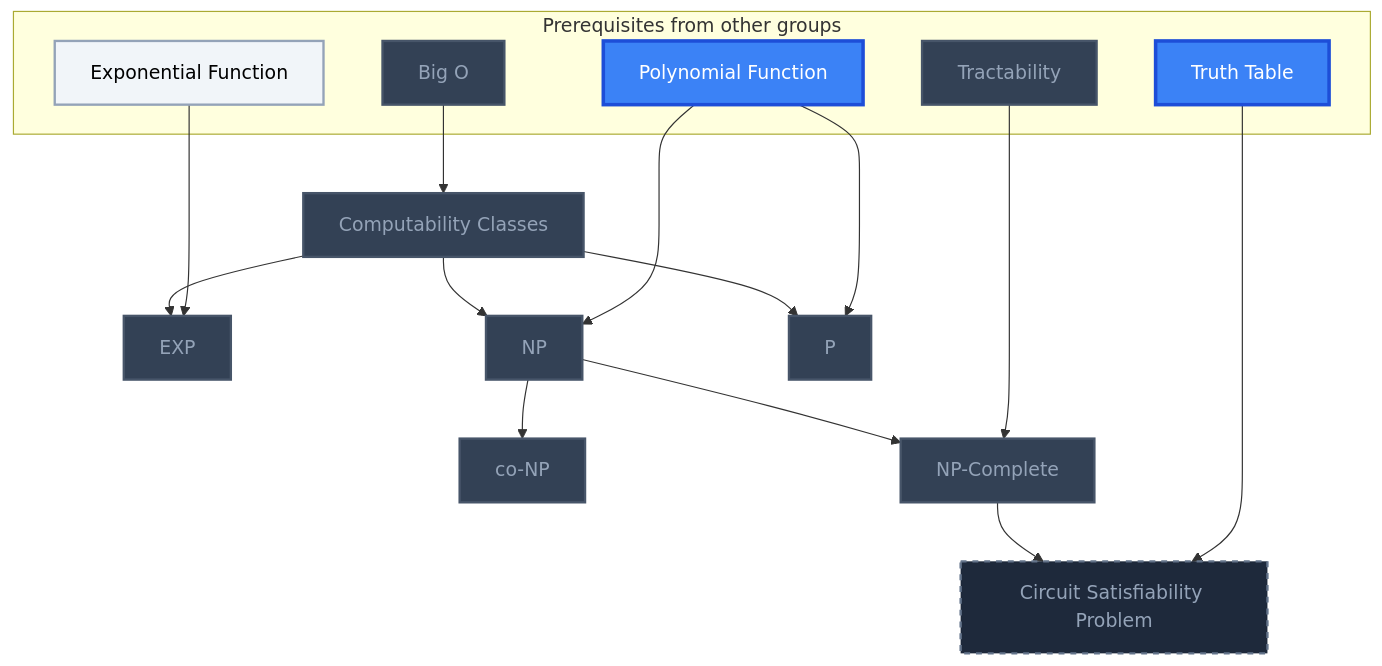
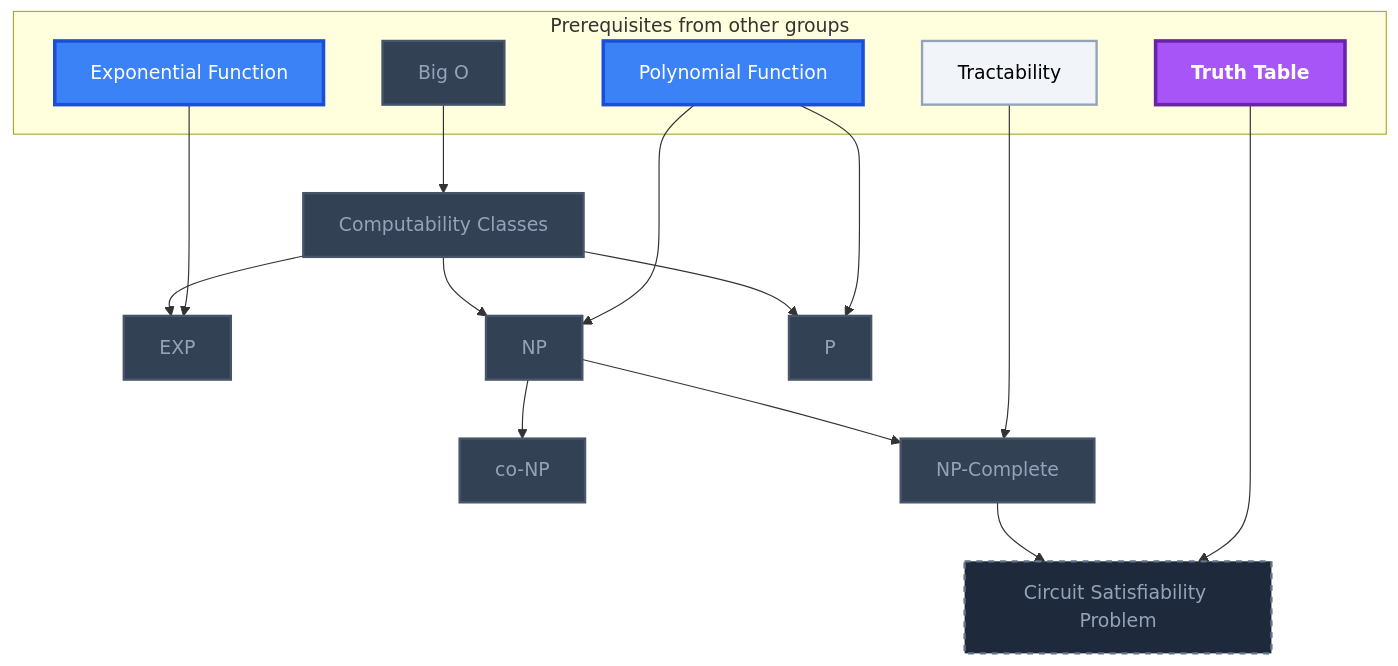
The eighth of 10 diagrams in Gamification/Skill Trees/Theoretical Computer Science.md (MRauf1/My-Notes), drawn with Mermaid before and after one commit. The commit also changed other lines of this file and 145 other files, not shown here.

````diff
--- a/Gamification/Skill Trees/Theoretical Computer Science.md
+++ b/Gamification/Skill Trees/Theoretical Computer Science.md
@@ -353,43 +355,44 @@
 ```mermaid
 flowchart TD
     classDef planned fill:#1E293B,stroke:#64748B,stroke-width:2px,stroke-dasharray:5 5,color:#94A3B8;
     classDef locked fill:#334155,stroke:#475569,stroke-width:2px,color:#94A3B8;
     classDef L0 fill:#F1F5F9,stroke:#94A3B8,stroke-width:2px,color:#000000;
     classDef L1 fill:#22C55E,stroke:#15803D,stroke-width:2px,color:#000000;
     classDef L2 fill:#3B82F6,stroke:#1D4ED8,stroke-width:3px,color:#FFFFFF;
     classDef L3 fill:#A855F7,stroke:#6B21A8,stroke-width:3px,color:#FFFFFF,font-weight:bold;
     classDef L4 fill:#F97316,stroke:#C2410C,stroke-width:4px,color:#000000,font-weight:bold;
     classDef L5 fill:#FFD700,stroke:#FF8C00,stroke-width:5px,color:#000000,font-weight:bold;
     classDef rusty stroke:#8B4513,stroke-width:4px,stroke-dasharray:3 3;
     subgraph sg_prereqs["Prerequisites from other groups"]
         n_big_o["Big O"]
         n_exponential_function["Exponential Function"]
         n_polynomial_function["Polynomial Function"]
         n_tractability["Tractability"]
         n_truth_table["Truth Table"]
     end
     n_computability_classes["Computability Classes"]
     n_exp["EXP"]
     n_np["NP"]
     n_co_np["co-NP"]
     n_p["P"]
     n_np_complete["NP-Complete"]
     n_circuit_satisfiability_problem["Circuit Satisfiability Problem"]
     n_big_o --> n_computability_classes
     n_computability_classes --> n_exp
     n_exponential_function --> n_exp
     n_computability_classes --> n_np
     n_polynomial_function --> n_np
     n_np --> n_co_np
     n_computability_classes --> n_p
     n_polynomial_function --> n_p
     n_np --> n_np_complete
     n_tractability --> n_np_complete
     n_np_complete --> n_circuit_satisfiability_problem
     n_truth_table --> n_circuit_satisfiability_problem
     class n_circuit_satisfiability_problem planned;
-    class n_big_o,n_tractability,n_computability_classes,n_exp,n_np,n_co_np,n_p,n_np_complete locked;
-    class n_exponential_function L0;
-    class n_polynomial_function,n_truth_table L2;
+    class n_big_o,n_computability_classes,n_exp,n_np,n_co_np,n_p,n_np_complete locked;
+    class n_tractability L0;
+    class n_exponential_function,n_polynomial_function L2;
+    class n_truth_table L3;
     class n_big_o,n_exponential_function,n_polynomial_function,n_tractability,n_truth_table,n_computability_classes,n_exp,n_np,n_co_np,n_p,n_np_complete internal-link;
 ```
````
